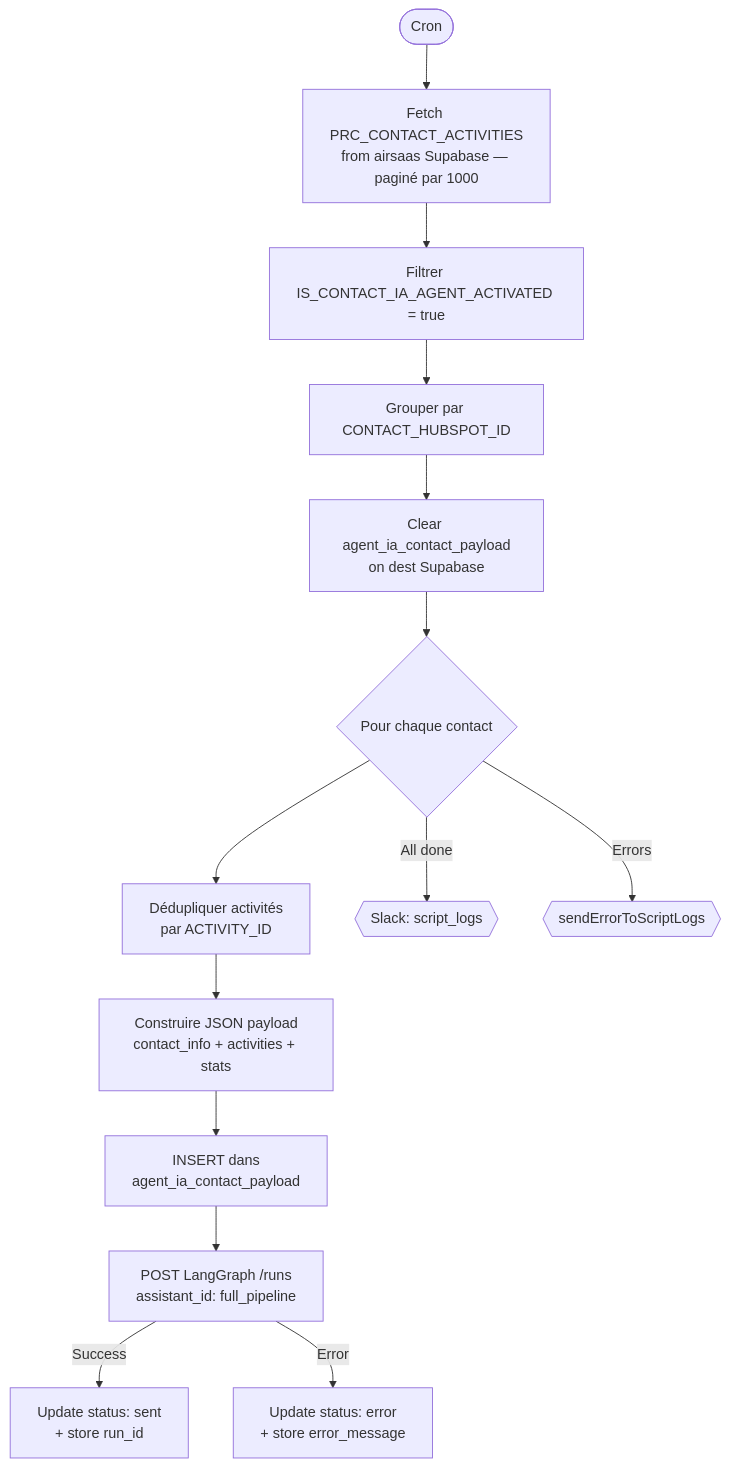
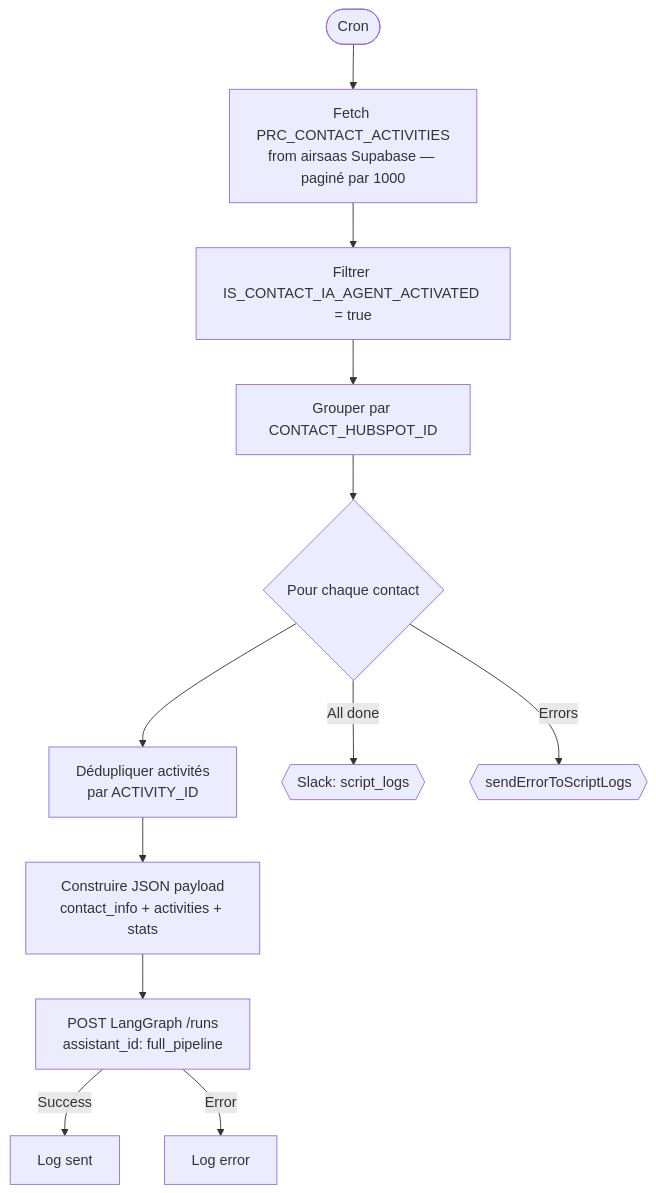
Diagram 14 of 14 in CLAUDE.md (AirSaas/linkedin-scrapp), drawn with Mermaid before and after one commit. The commit also changed other lines of this file and 2 other files, not shown here.

Commit message:
Remove Supabase IA Sales destination — send directly to LangGraph
Simplify send-contacts-to-langgraph: remove all agent_ia_contact_payload
insert/update logic and getSupabaseIaSales() client. The task now only
reads from airsaas Supabase and sends payloads directly to LangGraph.

````diff
--- a/CLAUDE.md
+++ b/CLAUDE.md
@@ -325,16 +325,14 @@
 ```mermaid
 flowchart TD
     A([Cron]) --> B[Fetch PRC_CONTACT_ACTIVITIES<br/>from airsaas Supabase — paginé par 1000]
     B --> C[Filtrer IS_CONTACT_IA_AGENT_ACTIVATED = true]
     C --> D[Grouper par CONTACT_HUBSPOT_ID]
-    D --> E[Clear agent_ia_contact_payload<br/>on dest Supabase]
-    E --> F{Pour chaque contact}
-    F --> G[Dédupliquer activités<br/>par ACTIVITY_ID]
-    G --> H[Construire JSON payload<br/>contact_info + activities + stats]
-    H --> I[INSERT dans<br/>agent_ia_contact_payload]
-    I --> J[POST LangGraph /runs<br/>assistant_id: full_pipeline]
-    J -->|Success| K[Update status: sent<br/>+ store run_id]
-    J -->|Error| L[Update status: error<br/>+ store error_message]
-    F -->|All done| M{{Slack: script_logs}}
-    F -->|Errors| N{{sendErrorToScriptLogs}}
+    D --> E{Pour chaque contact}
+    E --> F[Dédupliquer activités<br/>par ACTIVITY_ID]
+    F --> G[Construire JSON payload<br/>contact_info + activities + stats]
+    G --> H[POST LangGraph /runs<br/>assistant_id: full_pipeline]
+    H -->|Success| I[Log sent]
+    H -->|Error| J[Log error]
+    E -->|All done| K{{Slack: script_logs}}
+    E -->|Errors| L{{sendErrorToScriptLogs}}
 ```
````
